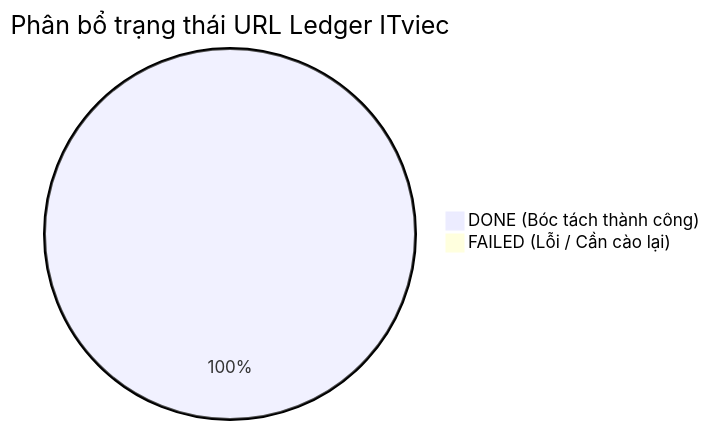
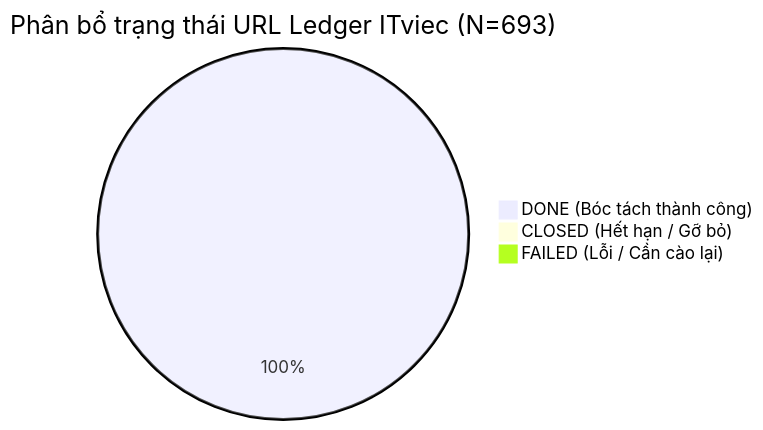
The diagram in reports/itviec_eda.md (Archduker/VN-IT-Job-Mining), drawn with Mermaid before and after one commit. The commit also changed other lines of this file and 158 other files, not shown here.

````diff
--- a/reports/itviec_eda.md
+++ b/reports/itviec_eda.md
@@ -24,5 +25,6 @@
 ```mermaid
-pie title Phân bổ trạng thái URL Ledger ITviec
-    "DONE (Bóc tách thành công)" : 100
+pie title Phân bổ trạng thái URL Ledger ITviec (N=693)
+    "DONE (Bóc tách thành công)" : 691
+    "CLOSED (Hết hạn / Gỡ bỏ)" : 2
     "FAILED (Lỗi / Cần cào lại)" : 0
 ```
````
